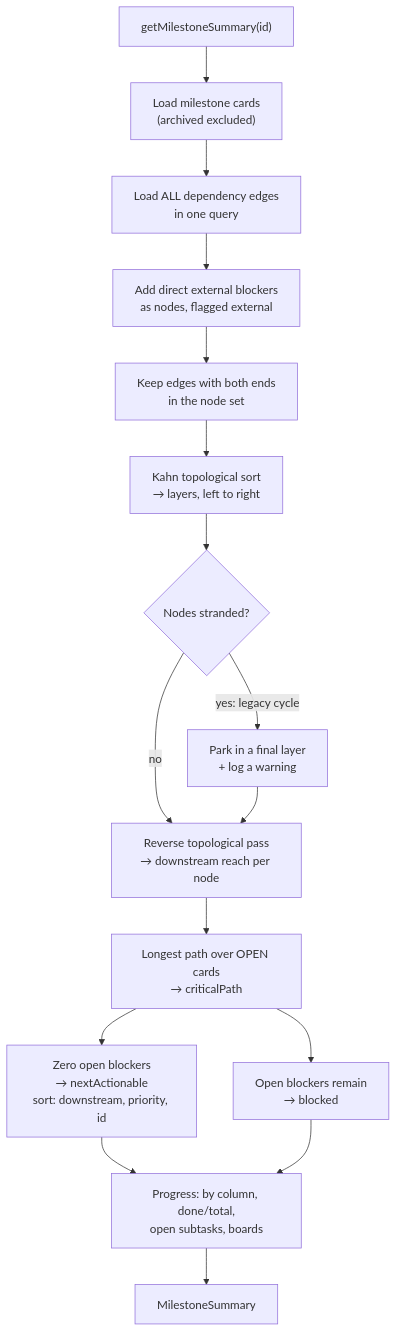
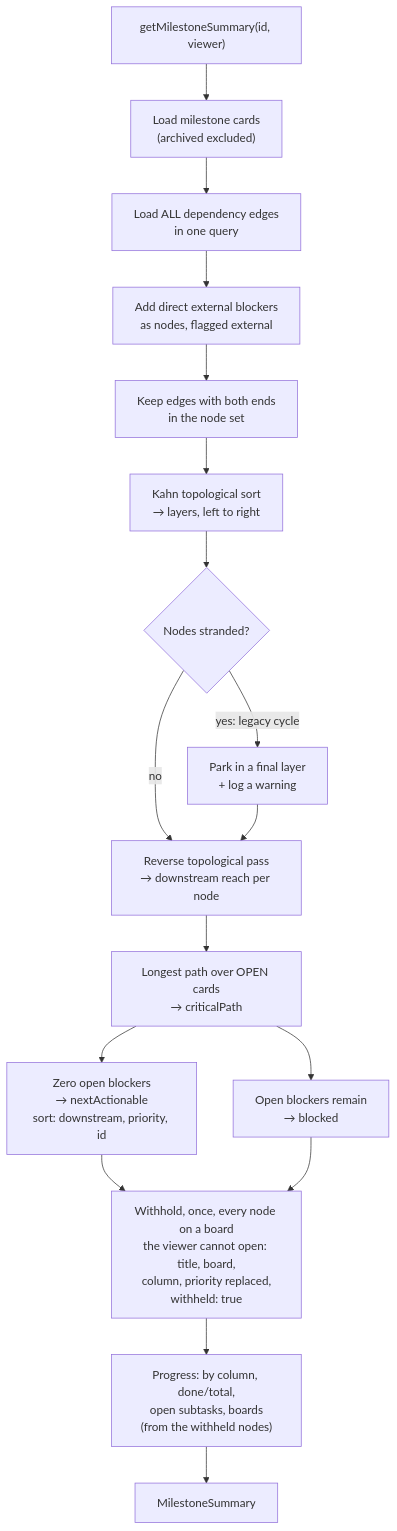
One commit to gitBoon/DumpFire changed the third of 5 diagrams in docs/critical-path-planning.md. Above: the diagram before and after it, drawn with Mermaid. The commit also changed other lines of this file and 317 other files, not shown here.

````diff
--- a/docs/critical-path-planning.md
+++ b/docs/critical-path-planning.md
@@ -193,18 +199,19 @@
 ```mermaid
 flowchart TD
-    A["getMilestoneSummary(id)"] --> B["Load milestone cards<br/>(archived excluded)"]
+    A["getMilestoneSummary(id, viewer)"] --> B["Load milestone cards<br/>(archived excluded)"]
     B --> C["Load ALL dependency edges<br/>in one query"]
     C --> D["Add direct external blockers<br/>as nodes, flagged external"]
     D --> E["Keep edges with both ends<br/>in the node set"]
     E --> F["Kahn topological sort<br/>→ layers, left to right"]
     F --> G{"Nodes stranded?"}
     G -->|"yes: legacy cycle"| H["Park in a final layer<br/>+ log a warning"]
     G -->|no| I["Reverse topological pass<br/>→ downstream reach per node"]
     H --> I
     I --> J["Longest path over OPEN cards<br/>→ criticalPath"]
     J --> K["Zero open blockers<br/>→ nextActionable<br/>sort: downstream, priority, id"]
     J --> L["Open blockers remain<br/>→ blocked"]
-    K --> M["Progress: by column, done/total,<br/>open subtasks, boards"]
-    L --> M
+    K --> W["Withhold, once, every node on a board<br/>the viewer cannot open: title, board,<br/>column, priority replaced,<br/>withheld: true"]
+    L --> W
+    W --> M["Progress: by column, done/total,<br/>open subtasks, boards<br/>(from the withheld nodes)"]
     M --> N["MilestoneSummary"]
 ```
````
